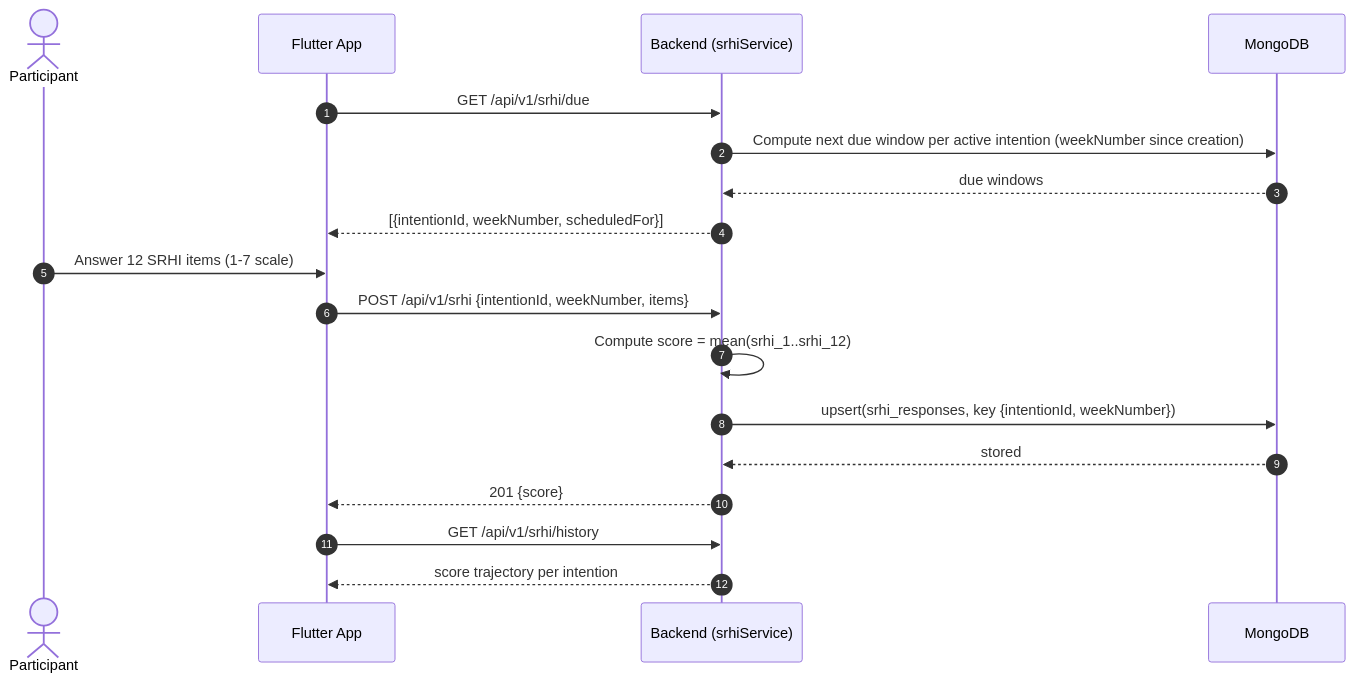
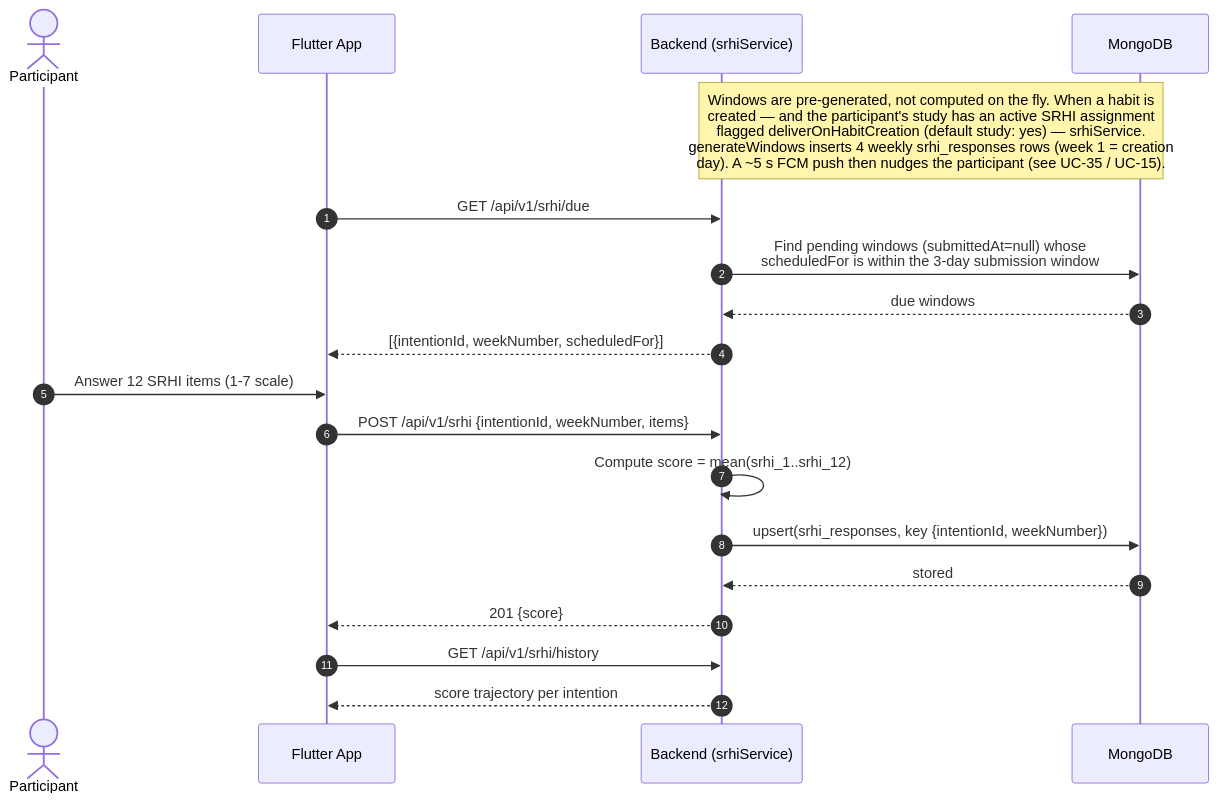
One commit to Bulgy404/health-habit-hub changed the diagram in docs/diagrams/sequences/UC-13-srhi-checkin.mmd. Above: the diagram before and after it, drawn with Mermaid. The commit also changed 11 other files, not shown here.

First line of the commit message:
feat: add support for delivering questionnaires on habit creation

```diff
--- a/docs/diagrams/sequences/UC-13-srhi-checkin.mmd
+++ b/docs/diagrams/sequences/UC-13-srhi-checkin.mmd
@@ -1,20 +1,22 @@
 %% UC-13 — Submit weekly SRHI check-in
 sequenceDiagram
     autonumber
     actor P as Participant
     participant F as Flutter App
     participant B as Backend (srhiService)
     participant M as MongoDB
 
+    Note over B,M: Windows are pre-generated, not computed on the fly. When a habit is<br/>created — and the participant's study has an active SRHI assignment<br/>flagged deliverOnHabitCreation (default study: yes) — srhiService.<br/>generateWindows inserts 4 weekly srhi_responses rows (week 1 = creation<br/>day). A ~5 s FCM push then nudges the participant (see UC-35 / UC-15).
+
     F->>B: GET /api/v1/srhi/due
-    B->>M: Compute next due window per active intention (weekNumber since creation)
+    B->>M: Find pending windows (submittedAt=null) whose<br/>scheduledFor is within the 3-day submission window
     M-->>B: due windows
     B-->>F: [{intentionId, weekNumber, scheduledFor}]
     P->>F: Answer 12 SRHI items (1-7 scale)
     F->>B: POST /api/v1/srhi {intentionId, weekNumber, items}
     B->>B: Compute score = mean(srhi_1..srhi_12)
     B->>M: upsert(srhi_responses, key {intentionId, weekNumber})
     M-->>B: stored
     B-->>F: 201 {score}
     F->>B: GET /api/v1/srhi/history
     B-->>F: score trajectory per intention
```
